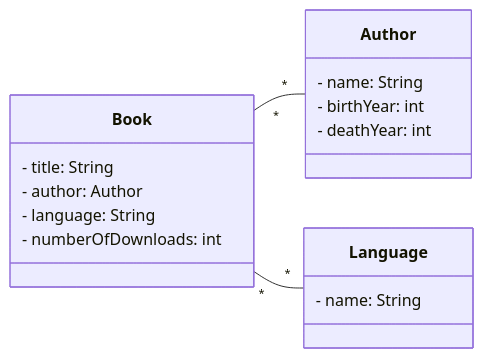
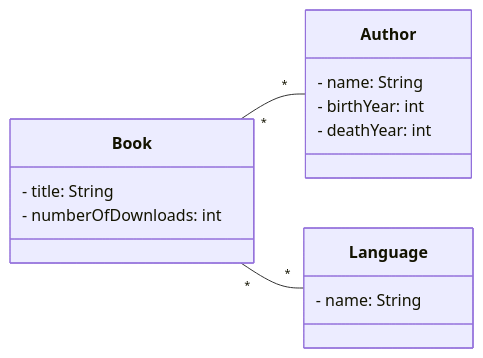
The diagram in README.md (rubensrabelo/consumo_da_api_de_livros), drawn with Mermaid before and after one commit.

Commit message:
docs(readme): revise README.md for project specifics

````diff
--- a/README.md
+++ b/README.md
@@ -1,23 +1,21 @@
 ```mermaid
 classDiagram
   direction LR
   class Book {
     - title: String
-    - author: Author
-    - language: String
     - numberOfDownloads: int
   }
 
   class Author {
     - name: String
     - birthYear: int
     - deathYear: int
   }
 
   class Language {
     - name: String
   }
 
   Book "*" -- "*" Author
   Book "*" -- "*" Language
 ```
````
